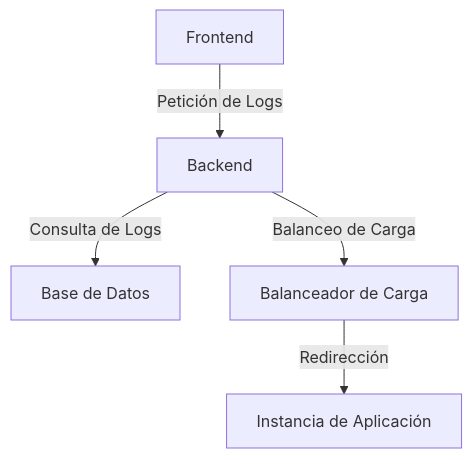
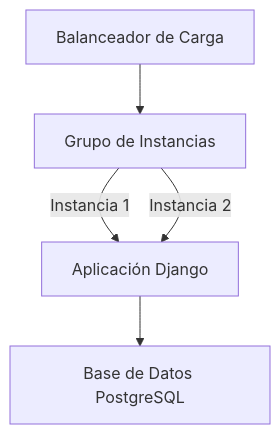
One commit to Diplomatictw0/repo-logs changed the second of 2 diagrams in README.md. Above: the diagram before and after it, drawn with Mermaid. The commit also changed other lines of this file, not shown here.

````diff
--- a/README.md
+++ b/README.md
@@ -48,7 +57,7 @@
 ```mermaid
 graph TD;
-    A[Frontend] -->|Petición de Logs| B[Backend]
-    B -->|Consulta de Logs| C[Base de Datos]
-    B -->|Balanceo de Carga| D[Balanceador de Carga]
-    D -->|Redirección| E[Instancia de Aplicación]
+    A[Balanceador de Carga] --> B[Grupo de Instancias];
+    B -->|Instancia 1| C[Aplicación Django];
+    B -->|Instancia 2| C[Aplicación Django];
+    C --> D[Base de Datos PostgreSQL];
 ```
````
